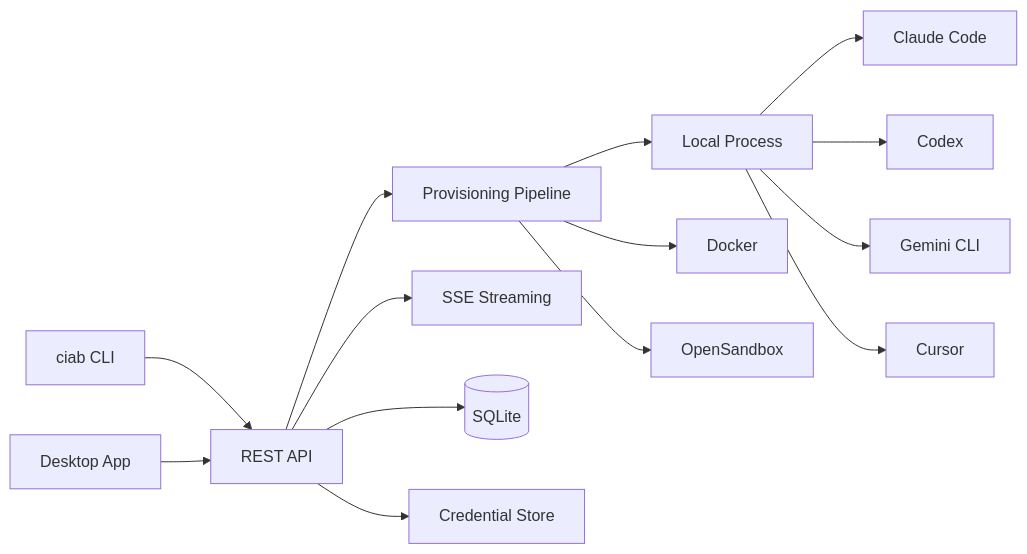
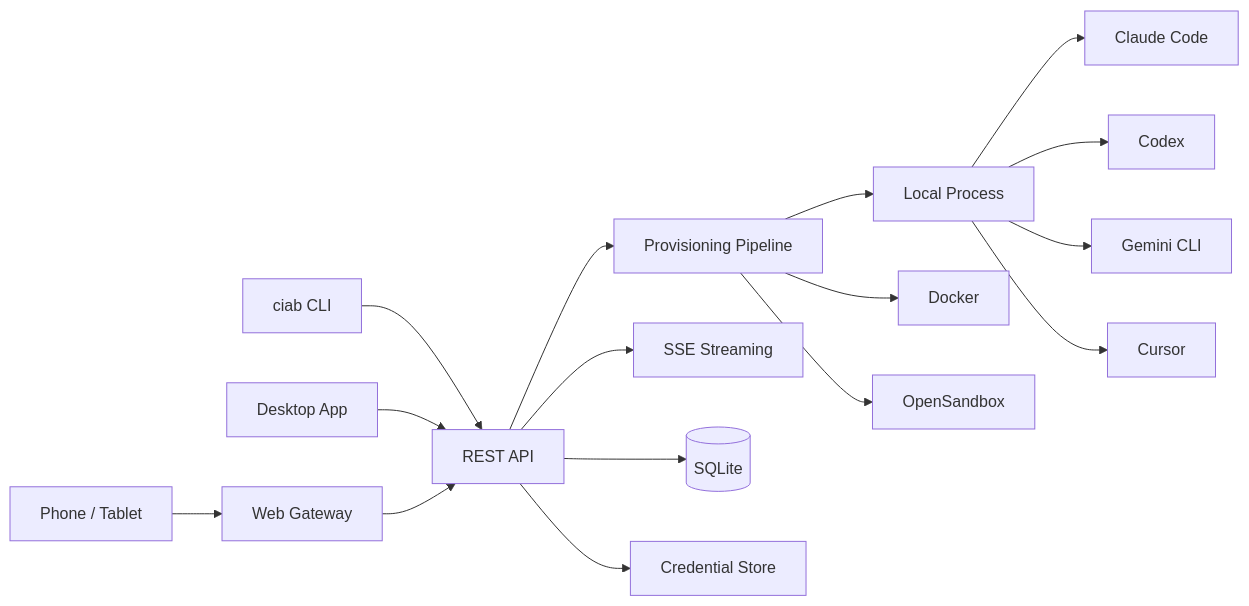
One commit to shakedaskayo/ciab changed the diagram in docs/docs/index.md. Above: the diagram before and after it, drawn with Mermaid. The commit also changed other lines of this file and 7 other files, not shown here.

````diff
--- a/docs/docs/index.md
+++ b/docs/docs/index.md
@@ -71,16 +98,18 @@
 ```mermaid
 graph LR
     CLI[ciab CLI] --> API[REST API]
     Desktop[Desktop App] --> API
+    Phone[Phone / Tablet] --> Gateway[Web Gateway]
+    Gateway --> API
     API --> Prov[Provisioning Pipeline]
     Prov --> Local[Local Process]
     Prov --> Docker[Docker]
     Prov --> OS[OpenSandbox]
     Local --> Claude[Claude Code]
     Local --> Codex[Codex]
     Local --> Gemini[Gemini CLI]
     Local --> Cursor[Cursor]
     API --> Stream[SSE Streaming]
     API --> DB[(SQLite)]
     API --> Creds[Credential Store]
 ```
````
